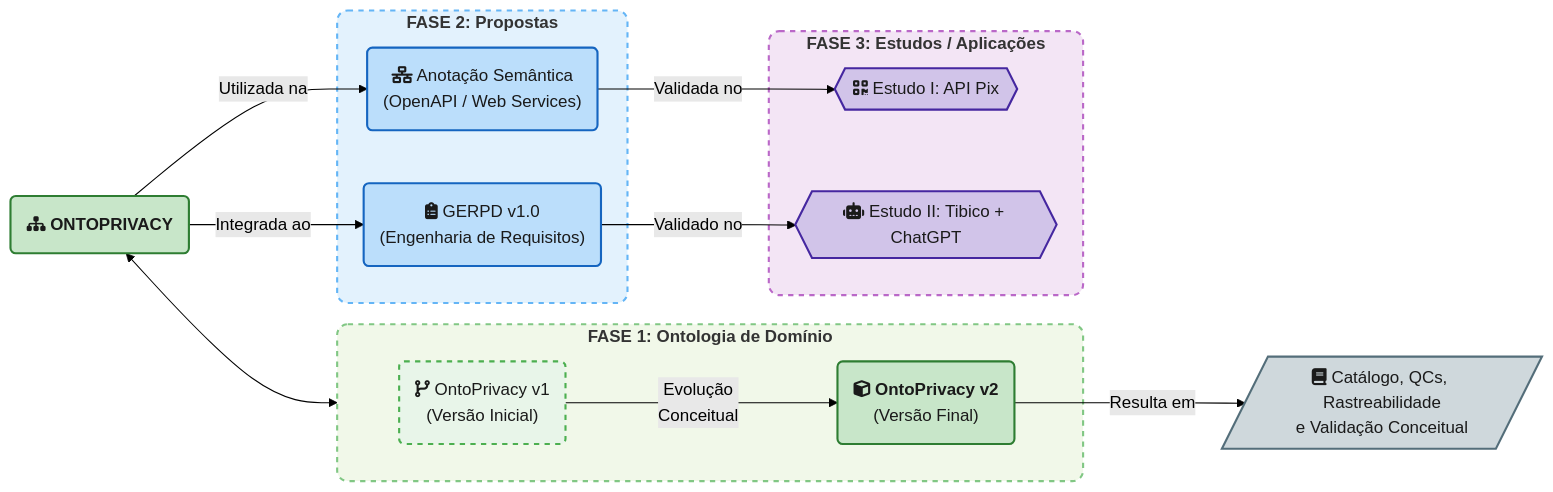
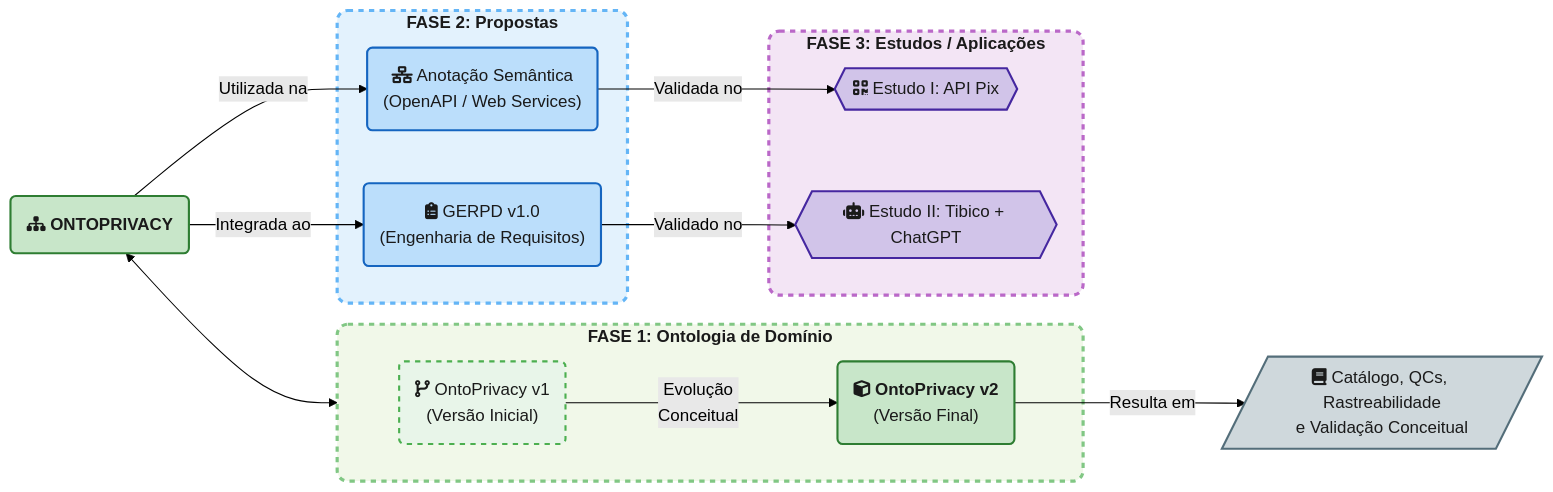
The diagram in README.md (TNK443/Dissertacao), drawn with Mermaid (forest theme) before and after one commit. The commit also changed other lines of this file, not shown here.

````diff
--- a/README.md
+++ b/README.md
@@ -49,61 +49,61 @@
 ```mermaid
 flowchart LR
     %% Definição de estilos (ClassDef)
     %% Ontologia: Tons de Verde
     classDef ontologia fill:#C8E6C9,stroke:#2E7D32,stroke-width:2px,color:#1A1A1A;
     classDef ontologiav1 fill:#E8F5E9,stroke:#4CAF50,stroke-width:2px,stroke-dasharray: 5 5,color:#1A1A1A;
     classDef ontologiav2 fill:#C8E6C9,stroke:#2E7D32,stroke-width:2px,color:#1A1A1A;
     
     %% Propostas: Tons de Azul (Tecnologia/Engenharia)
     classDef proposta fill:#BBDEFB,stroke:#1565C0,stroke-width:2px,color:#1A1A1A;
     
     %% Estudos de Caso: Tons de Roxo (Validação/Aplicação)
     classDef estudo fill:#D1C4E9,stroke:#4527A0,stroke-width:2px,color:#1A1A1A;
     
     %% Documentação: Cor solicitada #cfd8dc (Cinza/Azulado)
     classDef doc fill:#cfd8dc,stroke:#546E7A,stroke-width:2px,color:#1A1A1A;
 
     %% Nós de Ontologia
     OP0("fa:fa-sitemap <b>ONTOPRIVACY</b>"):::ontologia
 
     %% Agrupamento das Ontologias
     subgraph F1["<b>FASE 1: Ontologia de Domínio</b>"]
         OP1("fa:fa-code-branch OntoPrivacy v1\n(Versão Inicial)"):::ontologiav1
         OP2("fa:fa-cube <b>OntoPrivacy v2</b>\n(Versão Final)"):::ontologiav2
     end
     %% Documentação
     DOC[/"fa:fa-book Catálogo, QCs, Rastreabilidade\ne Validação Conceitual"/]:::doc
 
     %% Agrupamento das Propostas Desenvolvidas
     subgraph F2["<b>FASE 2: Propostas</b>"]
         AS("fa:fa-network-wired Anotação Semântica\n(OpenAPI / Web Services)"):::proposta
         G("fa:fa-clipboard-list GERPD v1.0\n(Engenharia de Requisitos)"):::proposta
     end
 
     %% Agrupamento dos Estudos de Caso
     subgraph F3["<b>FASE 3: Estudos / Aplicações</b>"]
         E1{{"fa:fa-qrcode Estudo I: API Pix"}}:::estudo
         E2{{"fa:fa-robot Estudo II: Tibico + ChatGPT"}}:::estudo
     end
 
     %% CONEXÕES COM RÓTULOS
     OP0 -->|Utilizada na| AS
     OP0 -->|Integrada ao| G
     
 
     AS -->|Validada no| E1
     G -->|Validado no| E2
     
     OP1 -->|Evolução\nConceitual| OP2
     OP2 -->|Resulta em| DOC
     OP0 <--> F1
 
     %% Estilização visual dos Agrupamentos (Subgraphs)
     %% rx:10,ry:10 arredondam os cantos da caixa principal
     %% F1 - Fundo verde super claro, borda arredondada verde média
-    style F1 fill:#F1F8E9,stroke:#81C784,stroke-width:2px,stroke-dasharray: 5 5,rx:10,ry:10
+    style F1 fill:#F1F8E9,stroke:#81C784,stroke-width:3px,color:#1A1A1A,stroke-dasharray: 5 5,rx:10,ry:10
     %% F2 - Fundo azul super claro, borda arredondada azul média
-    style F2 fill:#E3F2FD,stroke:#64B5F6,stroke-width:2px,stroke-dasharray: 5 5,rx:10,ry:10
+    style F2 fill:#E3F2FD,stroke:#64B5F6,stroke-width:3px,color:#1A1A1A,stroke-dasharray: 5 5,rx:10,ry:10
     %% F3 - Fundo roxo super claro, borda arredondada roxa média
-    style F3 fill:#F3E5F5,stroke:#BA68C8,stroke-width:2px,stroke-dasharray: 5 5,rx:10,ry:10
+    style F3 fill:#F3E5F5,stroke:#BA68C8,stroke-width:3px,color:#1A1A1A,stroke-dasharray: 5 5,rx:10,ry:10
 ```
````
